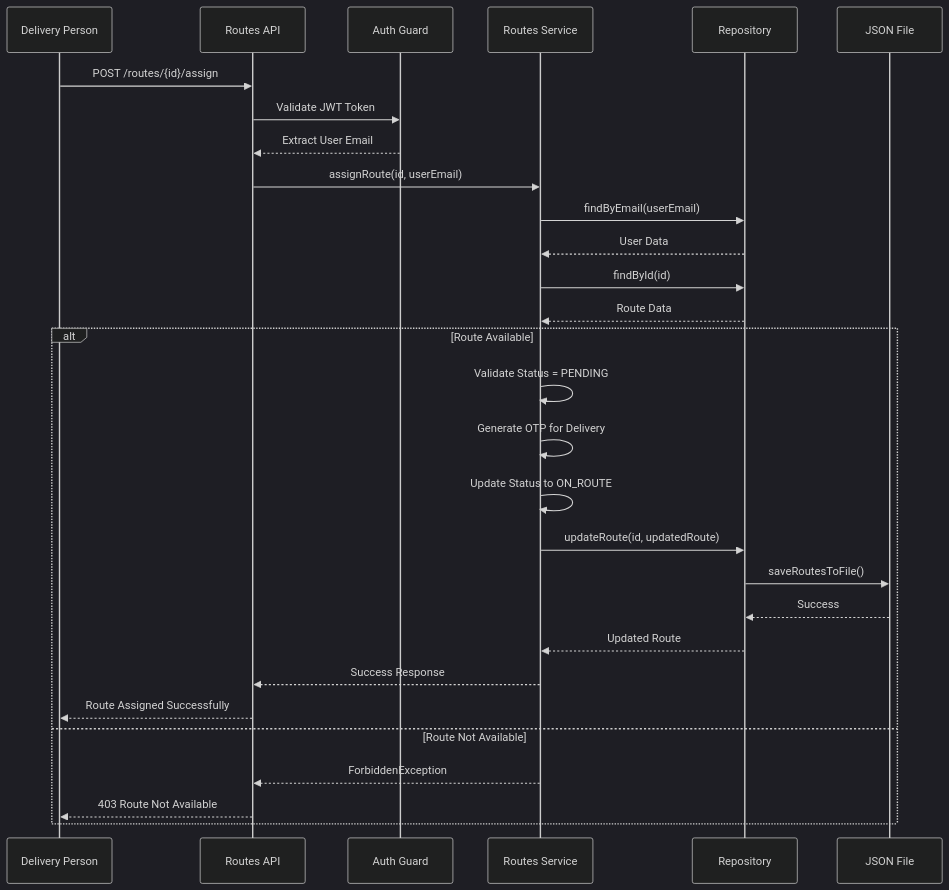
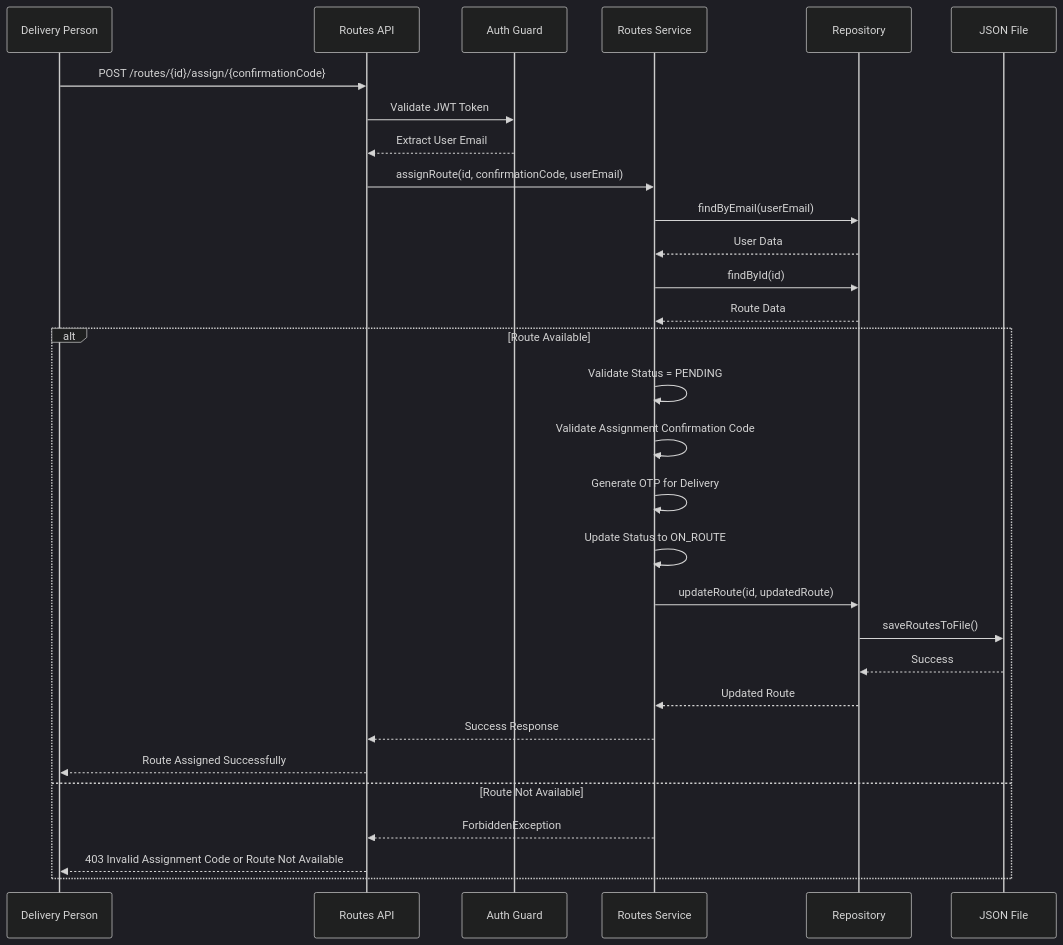
Before and after one commit to carlos-illobre/desarrollo-de-aplicaciones-i-backend: the second of 6 diagrams in Route_Lifecycle_Flow.md, drawn with Mermaid (dark theme). The commit also changed other lines of this file and 5 other files, not shown here.

Commit message:
Added confirmation code to assignment api

````diff
--- a/Route_Lifecycle_Flow.md
+++ b/Route_Lifecycle_Flow.md
@@ -36,34 +36,35 @@
 ```mermaid
 sequenceDiagram
     participant DP as Delivery Person
     participant API as Routes API
     participant Auth as Auth Guard
     participant Service as Routes Service
     participant Repo as Repository
     participant File as JSON File
 
-    DP->>API: POST /routes/{id}/assign
+    DP->>API: POST /routes/{id}/assign/{confirmationCode}
     API->>Auth: Validate JWT Token
     Auth-->>API: Extract User Email
 
-    API->>Service: assignRoute(id, userEmail)
+    API->>Service: assignRoute(id, confirmationCode, userEmail)
     Service->>Repo: findByEmail(userEmail)
     Repo-->>Service: User Data
     Service->>Repo: findById(id)
     Repo-->>Service: Route Data
 
     alt Route Available
         Service->>Service: Validate Status = PENDING
+        Service->>Service: Validate Assignment Confirmation Code
         Service->>Service: Generate OTP for Delivery
         Service->>Service: Update Status to ON_ROUTE
         Service->>Repo: updateRoute(id, updatedRoute)
         Repo->>File: saveRoutesToFile()
         File-->>Repo: Success
         Repo-->>Service: Updated Route
         Service-->>API: Success Response
         API-->>DP: Route Assigned Successfully
     else Route Not Available
         Service-->>API: ForbiddenException
-        API-->>DP: 403 Route Not Available
+        API-->>DP: 403 Invalid Assignment Code or Route Not Available
     end
 ```
````
